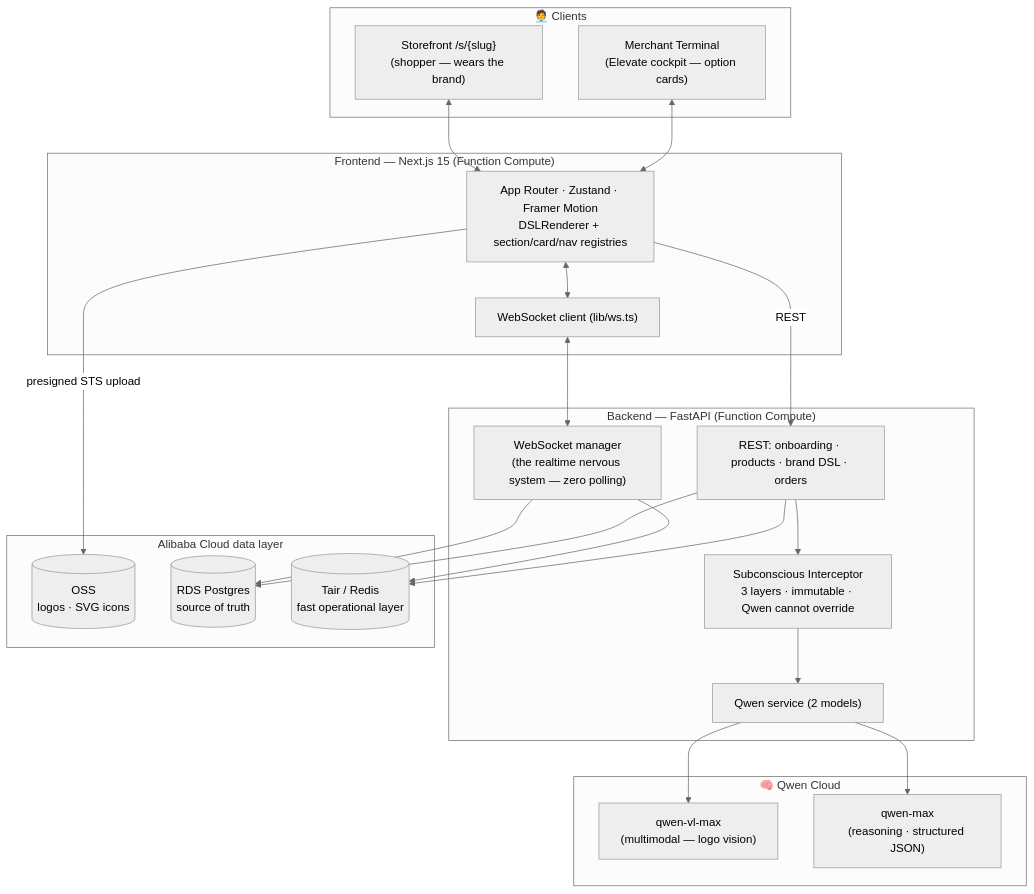
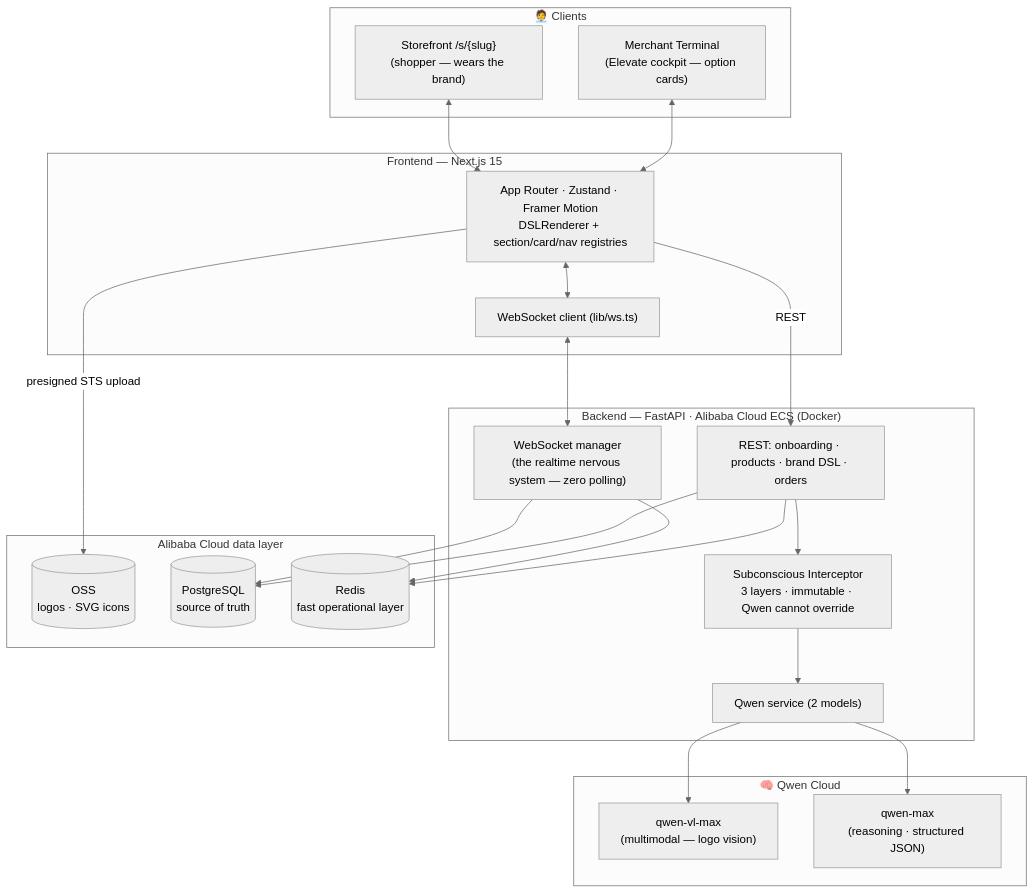
One commit to Alpha-dev-001/elevate-hackathon changed the first of 3 diagrams in docs/ARCHITECTURE.md. Above: the diagram before and after it, drawn with Mermaid (neutral theme). The commit also changed other lines of this file and 1 other file, not shown here.

Commit message:
[sprint-4] docs: reflect real deploy — Alibaba Cloud ECS (Docker), not FC

````diff
--- a/docs/ARCHITECTURE.md
+++ b/docs/ARCHITECTURE.md
@@ -19,45 +19,45 @@
 ```mermaid
 flowchart TB
     subgraph Client["🧑‍💼 Clients"]
         M["Merchant Terminal<br/>(Elevate cockpit — option cards)"]
         S["Storefront /s/{slug}<br/>(shopper — wears the brand)"]
     end
 
-    subgraph FE["Frontend — Next.js 15 (Function Compute)"]
+    subgraph FE["Frontend — Next.js 15"]
         UI["App Router · Zustand · Framer Motion<br/>DSLRenderer + section/card/nav registries"]
         WS["WebSocket client (lib/ws.ts)"]
     end
 
-    subgraph BE["Backend — FastAPI (Function Compute)"]
+    subgraph BE["Backend — FastAPI · Alibaba Cloud ECS (Docker)"]
         API["REST: onboarding · products · brand DSL · orders"]
         WSM["WebSocket manager<br/>(the realtime nervous system — zero polling)"]
         ICPT["Subconscious Interceptor<br/>3 layers · immutable · Qwen cannot override"]
         QWEN["Qwen service (2 models)"]
     end
 
     subgraph AI["🧠 Qwen Cloud"]
         VL["qwen-vl-max<br/>(multimodal — logo vision)"]
         MAX["qwen-max<br/>(reasoning · structured JSON)"]
     end
 
     subgraph DATA["Alibaba Cloud data layer"]
         OSS[("OSS<br/>logos · SVG icons")]
-        RDS[("RDS Postgres<br/>source of truth")]
-        TAIR[("Tair / Redis<br/>fast operational layer")]
+        RDS[("PostgreSQL<br/>source of truth")]
+        TAIR[("Redis<br/>fast operational layer")]
     end
 
     M <--> UI
     S <--> UI
     UI <--> WS
     WS <--> WSM
     UI -->|REST| API
     API --> ICPT
     ICPT --> QWEN
     QWEN --> VL
     QWEN --> MAX
     API --> RDS
     API --> TAIR
     UI -->|presigned STS upload| OSS
     WSM --> RDS
     WSM --> TAIR
 ```
````
